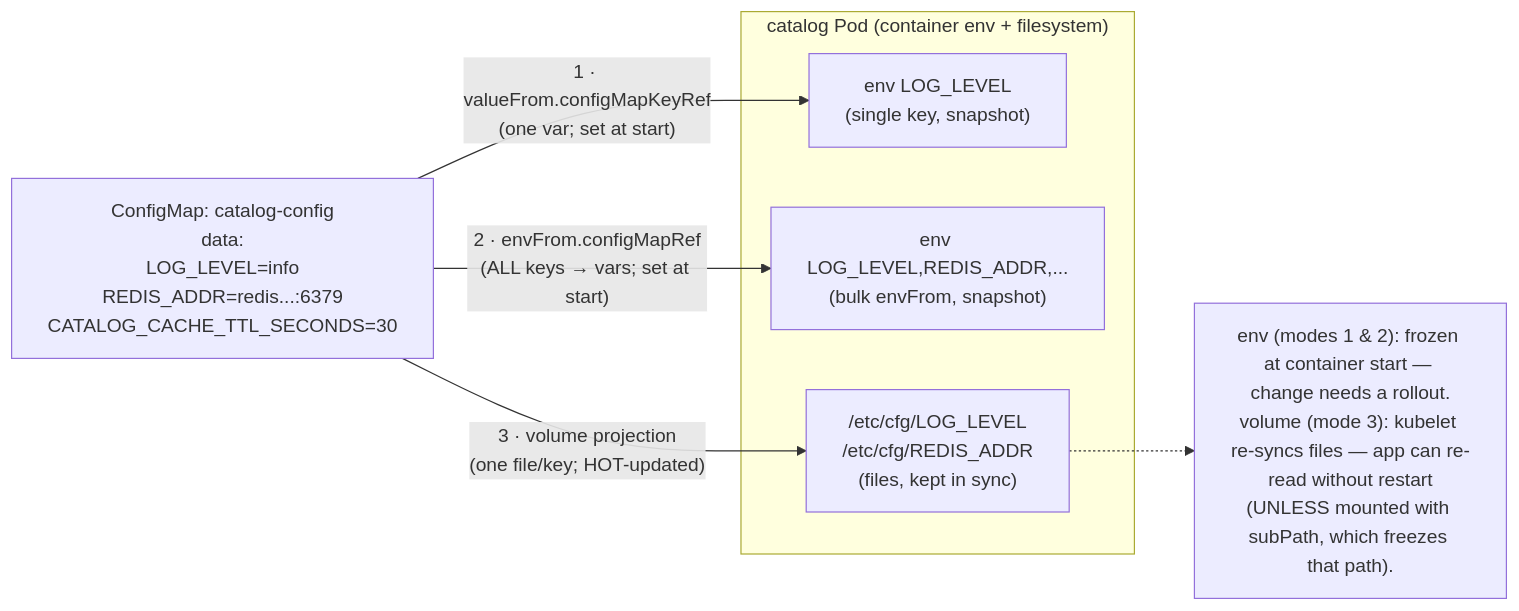
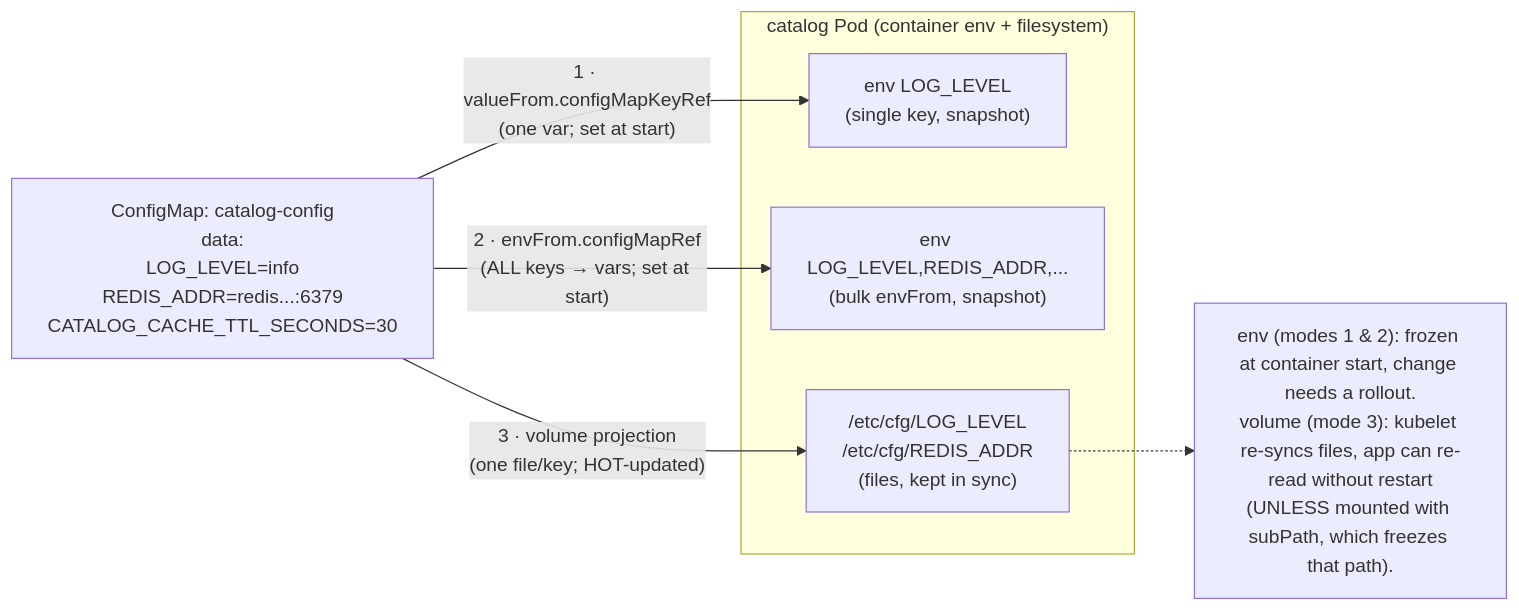
The diagram in full-guide/03-config-and-storage/01-configmaps.md (abd-ulbasit/bookstore-kubernetes-guide), drawn with Mermaid before and after one commit. The commit also changed other lines of this file and 1 other file, not shown here.

````diff
--- a/full-guide/03-config-and-storage/01-configmaps.md
+++ b/full-guide/03-config-and-storage/01-configmaps.md
@@ -62,17 +75,17 @@
 ```mermaid
 flowchart LR
     cm["ConfigMap: catalog-config<br/>data:<br/>LOG_LEVEL=info<br/>REDIS_ADDR=redis...:6379<br/>CATALOG_CACHE_TTL_SECONDS=30"]
 
     subgraph pod["catalog Pod (container env + filesystem)"]
         e1["env LOG_LEVEL<br/>(single key, snapshot)"]
         e2["env LOG_LEVEL,REDIS_ADDR,...<br/>(bulk envFrom, snapshot)"]
         v1["/etc/cfg/LOG_LEVEL<br/>/etc/cfg/REDIS_ADDR<br/>(files, kept in sync)"]
     end
 
     cm -->|"1 · valueFrom.configMapKeyRef<br/>(one var; set at start)"| e1
     cm -->|"2 · envFrom.configMapRef<br/>(ALL keys → vars; set at start)"| e2
     cm -->|"3 · volume projection<br/>(one file/key; HOT-updated)"| v1
 
-    note["env (modes 1 & 2): frozen at container start — change needs a rollout.<br/>volume (mode 3): kubelet re-syncs files — app can re-read without restart<br/>(UNLESS mounted with subPath, which freezes that path)."]
+    note["env (modes 1 & 2): frozen at container start, change needs a rollout.<br/>volume (mode 3): kubelet re-syncs files, app can re-read without restart<br/>(UNLESS mounted with subPath, which freezes that path)."]
     v1 -.-> note
 ```
````
